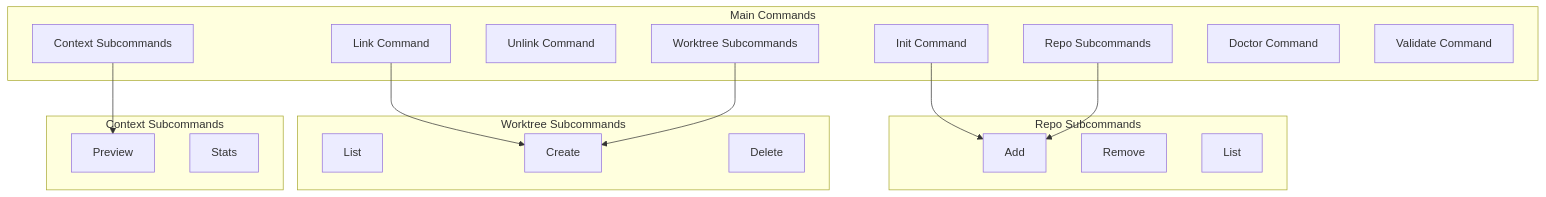
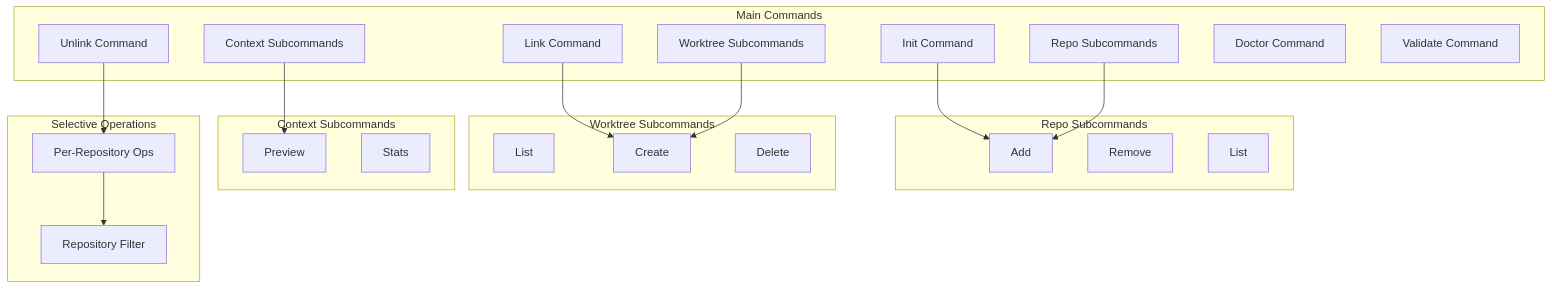
Before and after one commit to HWH-2019/vdw: the eighth of 11 diagrams in .qoder/repowiki/en/content/Core Features Documentation/Core Features Documentation.md, drawn with Mermaid. The commit also changed other lines of this file and 12 other files, not shown here.

````diff
--- a/.qoder/repowiki/en/content/Core Features Documentation/Core Features Documentation.md
+++ b/.qoder/repowiki/en/content/Core Features Documentation/Core Features Documentation.md
@@ -578,32 +590,38 @@
 ```mermaid
 graph TB
 subgraph "Main Commands"
 Init[Init Command]
 Link[Link Command]
 Unlink[Unlink Command]
 Repo[Repo Subcommands]
 Worktree[Worktree Subcommands]
 Context[Context Subcommands]
 Doctor[Doctor Command]
 Validate[Validate Command]
 end
 subgraph "Repo Subcommands"
 RepoAdd[Add]
 RepoRemove[Remove]
 RepoList[List]
 end
 subgraph "Worktree Subcommands"
 WTList[List]
 WTCreate[Create]
 WTDelete[Delete]
 end
 subgraph "Context Subcommands"
 CtxPreview[Preview]
 CtxStats[Stats]
 end
+subgraph "Selective Operations"
+RepoFilter[Repository Filter]
+PerRepoOps[Per-Repository Ops]
+end
 Init --> RepoAdd
 Link --> WTCreate
+Unlink --> PerRepoOps
 Repo --> RepoAdd
 Worktree --> WTCreate
 Context --> CtxPreview
+PerRepoOps --> RepoFilter
 ```
````
